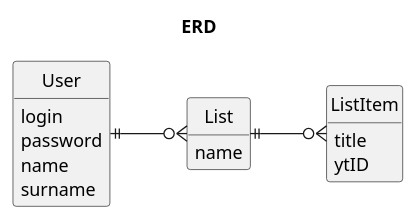
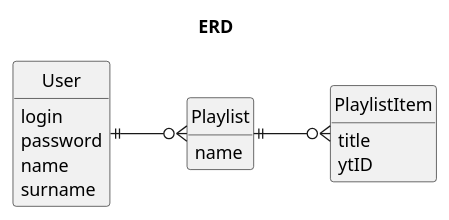
Before and after one commit to angrynerds-pl/kpz-yt-api: the diagram in docs/src/diagrams/src/entityDiagram.pu, drawn with PlantUML. The commit also changed 1 other file, not shown here.

Commit message:
Update entity diagram use 'Playlist' entity name

```diff
--- a/docs/src/diagrams/src/entityDiagram.pu
+++ b/docs/src/diagrams/src/entityDiagram.pu
@@ -1,30 +1,30 @@
 @startuml entityDiagram
 title ERD
 left to right direction
 hide circle
 skinparam linetype ortho
 hide empty methods
 hide empty members
 
 entity "User" as user
 {
     login
     password
     name
     surname
 }
 
-entity "List" as playlist
+entity "Playlist" as playlist
 {
     name
 }
 
-entity "ListItem" as song
+entity "PlaylistItem" as song
 {
     title
     ytID
 }
 
 user ||--o{ playlist
 playlist ||--o{ song
 @enduml
```
